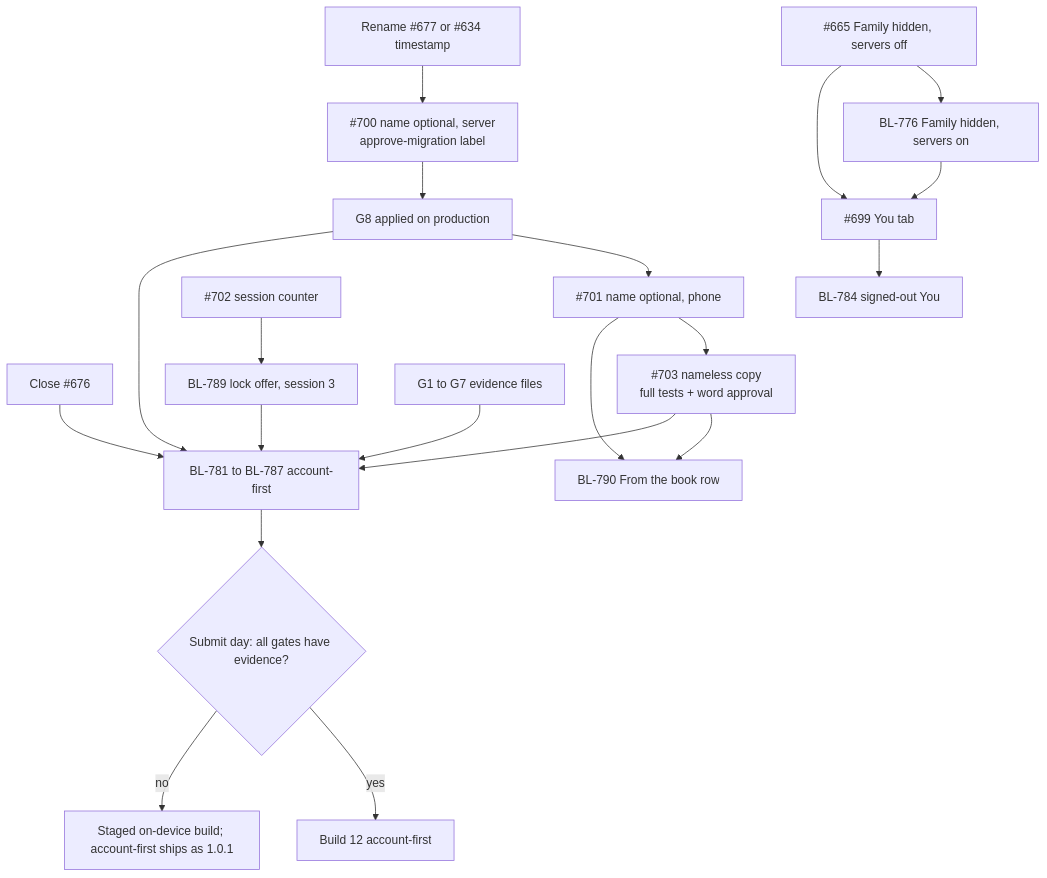
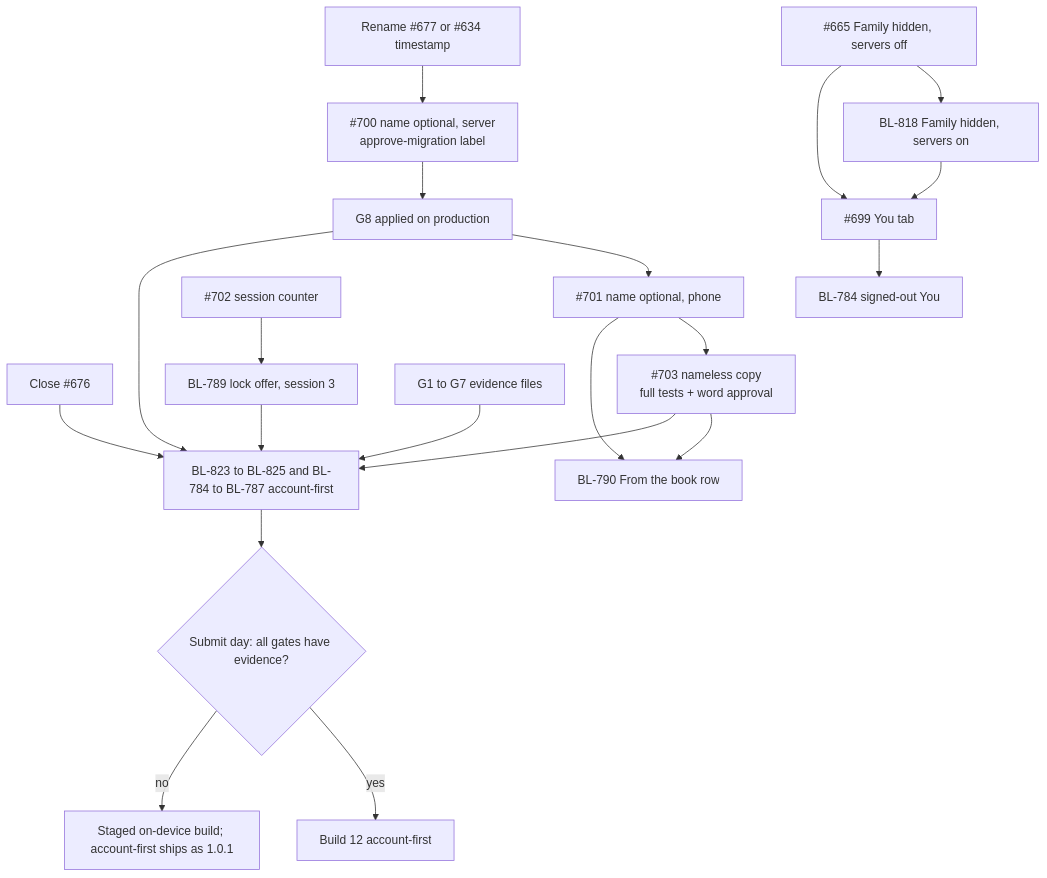
Before and after one commit to thesaurabhpareek/earlyletters: the diagram in docs/backlog/BUILD12-PLAN-2026-11-09.md, drawn with Mermaid. The commit also changed other lines of this file and 2 other files, not shown here.

````diff
--- a/docs/backlog/BUILD12-PLAN-2026-11-09.md
+++ b/docs/backlog/BUILD12-PLAN-2026-11-09.md
@@ -52,22 +52,22 @@
 ```mermaid
 flowchart TD
   C676[Close #676] --> AF
   TS[Rename #677 or #634 timestamp] --> P700
-  P665[#665 Family hidden, servers off] --> BL776[BL-776 Family hidden, servers on]
+  P665[#665 Family hidden, servers off] --> BL776[BL-818 Family hidden, servers on]
   P665 --> P699[#699 You tab]
   BL776 --> P699
   P700[#700 name optional, server\napprove-migration label] --> G8[G8 applied on production]
   G8 --> P701[#701 name optional, phone]
   P701 --> P703[#703 nameless copy\nfull tests + word approval]
   P701 --> BL790[BL-790 From the book row]
   P703 --> BL790
   P702[#702 session counter] --> BL789[BL-789 lock offer, session 3]
   P699 --> BL784[BL-784 signed-out You]
-  G1[G1 to G7 evidence files] --> AF[BL-781 to BL-787 account-first]
+  G1[G1 to G7 evidence files] --> AF[BL-823 to BL-825 and BL-784 to BL-787 account-first]
   G8 --> AF
   P703 --> AF
   BL789 --> AF
   AF --> SUB{Submit day: all gates have evidence?}
   SUB -- yes --> B12[Build 12 account-first]
   SUB -- no --> FB[Staged on-device build; account-first ships as 1.0.1]
 ```
````
